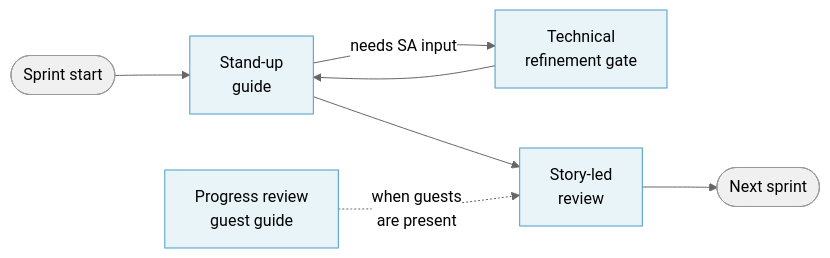
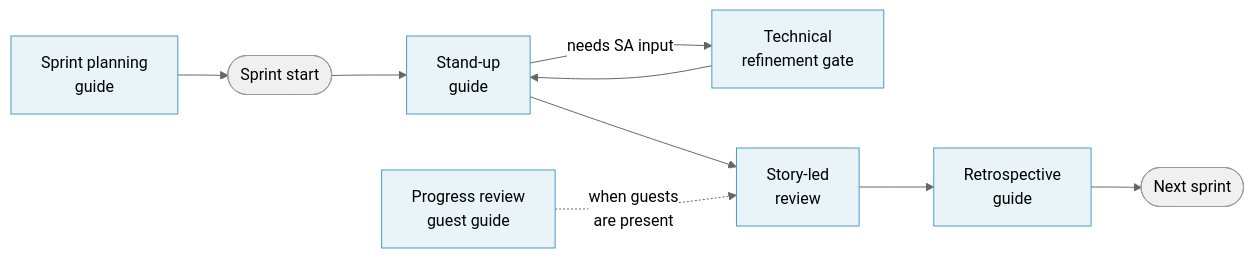
One commit to Kubair/local-gov-ddat-playbook changed the diagram in README.md. Above: the diagram before and after it, drawn with Mermaid (neutral theme). The commit also changed other lines of this file and 3 other files, not shown here.

First line of the commit message:
Add sprint planning and retrospective guides (WoW 05 and 06)

````diff
--- a/README.md
+++ b/README.md
@@ -33,16 +33,20 @@
 ```mermaid
 flowchart LR
-    A([Sprint start]) --> B[Stand-up\nguide]
+    P[Sprint planning\nguide] --> A([Sprint start])
+    A --> B[Stand-up\nguide]
     B -->|needs SA input| C[Technical\nrefinement gate]
     C --> B
     B --> D[Story-led\nreview]
-    D --> F([Next sprint])
     G[Progress review\nguest guide] -.->|when guests\nare present| D
+    D --> R[Retrospective\nguide]
+    R --> F([Next sprint])
 
+    style P fill:#e8f4f8,stroke:#4a9cc4
     style A fill:#f0f0f0,stroke:#999
     style F fill:#f0f0f0,stroke:#999
     style B fill:#e8f4f8,stroke:#4a9cc4
     style C fill:#e8f4f8,stroke:#4a9cc4
     style D fill:#e8f4f8,stroke:#4a9cc4
     style G fill:#e8f4f8,stroke:#4a9cc4
+    style R fill:#e8f4f8,stroke:#4a9cc4
 ```
````
